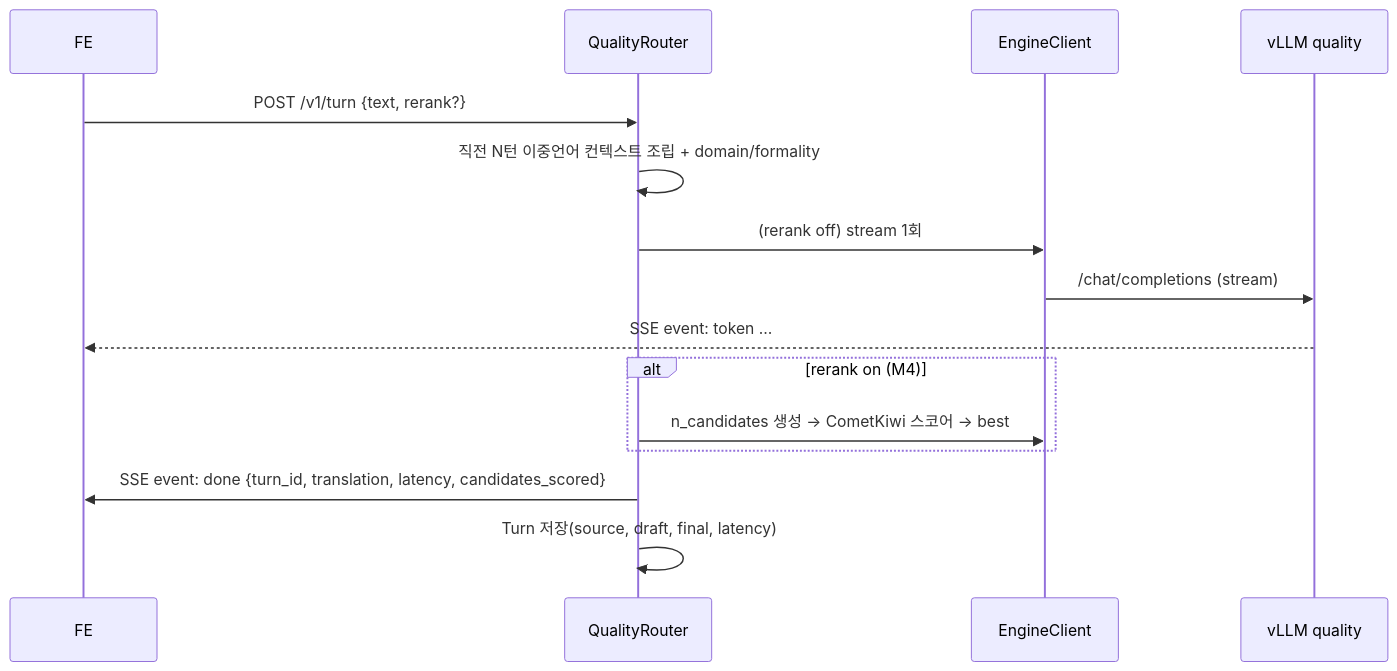
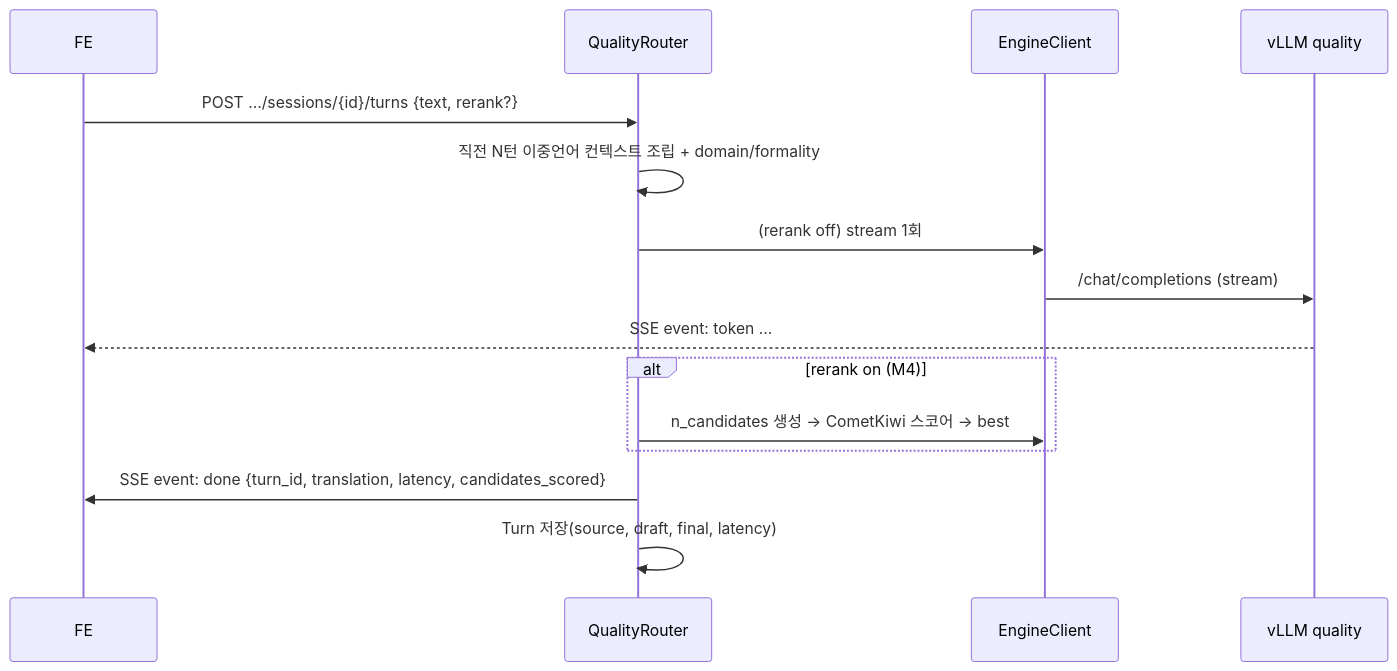
One commit to MR-INHA-LLM/live-translate changed the fourth of 4 diagrams in docs/design.md. Above: the diagram before and after it, drawn with Mermaid. The commit also changed other lines of this file and 6 other files, not shown here.

````diff
--- a/docs/design.md
+++ b/docs/design.md
@@ -224,17 +224,17 @@
 ```mermaid
 sequenceDiagram
   participant FE
   participant QR as QualityRouter
   participant EC as EngineClient
   participant Q as vLLM quality
-  FE->>QR: POST /v1/turn {text, rerank?}
+  FE->>QR: POST …/sessions/{id}/turns {text, rerank?}
   QR->>QR: 직전 N턴 이중언어 컨텍스트 조립 + domain/formality
   QR->>EC: (rerank off) stream 1회
   EC->>Q: /chat/completions (stream)
   Q-->>FE: SSE event: token …
   alt rerank on (M4)
     QR->>EC: n_candidates 생성 → CometKiwi 스코어 → best
   end
   QR->>FE: SSE event: done {turn_id, translation, latency, candidates_scored}
   QR->>QR: Turn 저장(source, draft, final, latency)
 ```
````
